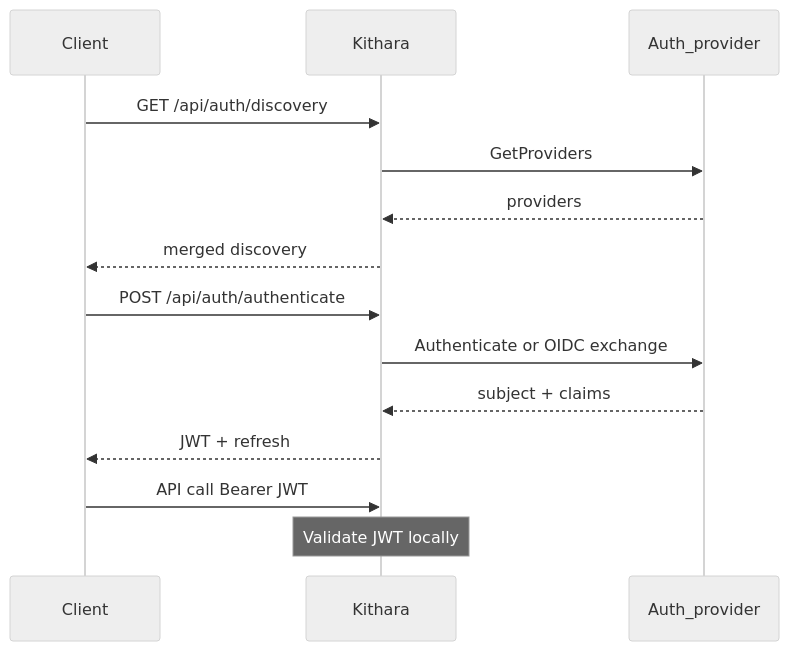
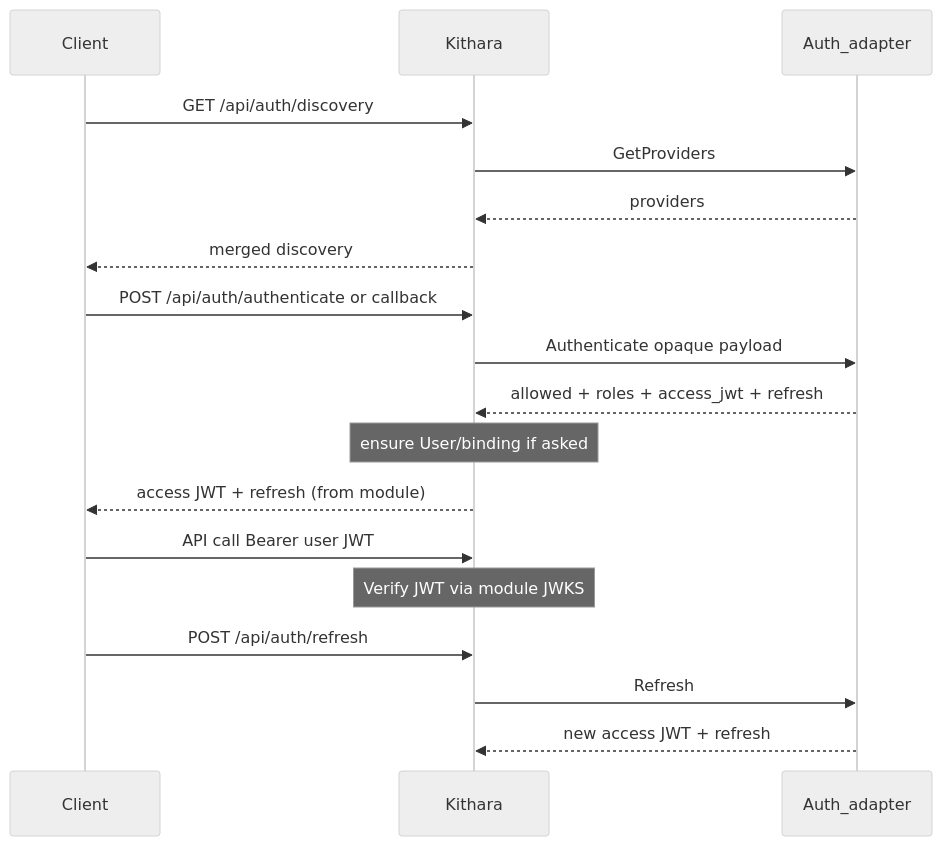
One commit to Bardie-radio/bardie-kithara changed the diagram in docs/architecture/interfaces/auth.md. Above: the diagram before and after it, drawn with Mermaid (neutral theme). The commit also changed other lines of this file and 35 other files, not shown here.

````diff
--- a/docs/architecture/interfaces/auth.md
+++ b/docs/architecture/interfaces/auth.md
@@ -5,17 +14,21 @@
 ```mermaid
 sequenceDiagram
   participant Client
   participant Kithara
-  participant Provider as Auth_provider
+  participant Adapter as Auth_adapter
 
   Client->>Kithara: GET /api/auth/discovery
-  Kithara->>Provider: GetProviders
-  Provider-->>Kithara: providers
+  Kithara->>Adapter: GetProviders
+  Adapter-->>Kithara: providers
   Kithara-->>Client: merged discovery
-  Client->>Kithara: POST /api/auth/authenticate
-  Kithara->>Provider: Authenticate or OIDC exchange
-  Provider-->>Kithara: subject + claims
-  Kithara-->>Client: JWT + refresh
-  Client->>Kithara: API call Bearer JWT
-  Note over Kithara: Validate JWT locally
+  Client->>Kithara: POST /api/auth/authenticate or callback
+  Kithara->>Adapter: Authenticate opaque payload
+  Adapter-->>Kithara: allowed + roles + access_jwt + refresh
+  Note over Kithara: ensure User/binding if asked
+  Kithara-->>Client: access JWT + refresh (from module)
+  Client->>Kithara: API call Bearer user JWT
+  Note over Kithara: Verify JWT via module JWKS
+  Client->>Kithara: POST /api/auth/refresh
+  Kithara->>Adapter: Refresh
+  Adapter-->>Kithara: new access JWT + refresh
 ```
````
